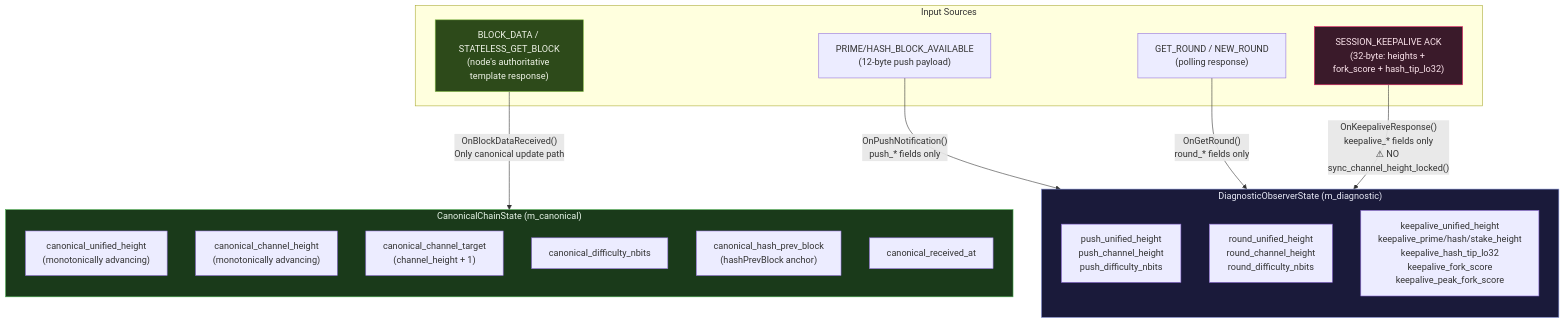
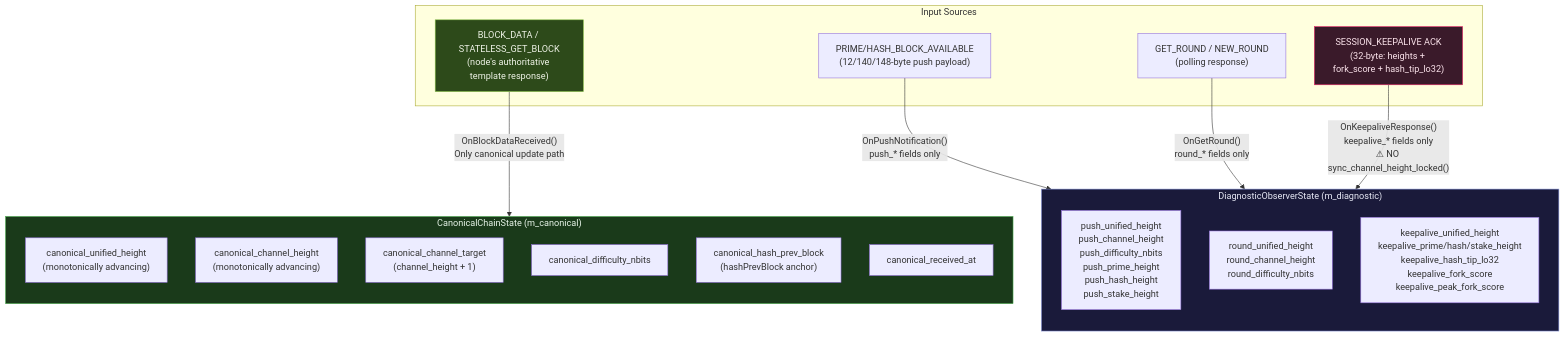
Before and after one commit to NamecoinGithub/NexusMiner: the first of 6 diagrams in docs/diagrams/height-tracker-state-machine.md, drawn with Mermaid. The commit also changed 9 other files, not shown here.

First line of the commit message:
feat: support 148-byte PRIME/HASH_BLOCK_AVAILABLE push payloads with full height picture

````diff
--- a/docs/diagrams/height-tracker-state-machine.md
+++ b/docs/diagrams/height-tracker-state-machine.md
@@ -12,36 +12,36 @@
 ```mermaid
 flowchart TD
     subgraph INPUTS["Input Sources"]
         BD["BLOCK_DATA / STATELESS_GET_BLOCK\n(node's authoritative template response)"]
-        PUSH["PRIME/HASH_BLOCK_AVAILABLE\n(12-byte push payload)"]
+        PUSH["PRIME/HASH_BLOCK_AVAILABLE\n(12/140/148-byte push payload)"]
         GR["GET_ROUND / NEW_ROUND\n(polling response)"]
         KA["SESSION_KEEPALIVE ACK\n(32-byte: heights + fork_score + hash_tip_lo32)"]
     end
 
     subgraph CANONICAL["CanonicalChainState  (m_canonical)"]
         direction TB
         CU["canonical_unified_height\n(monotonically advancing)"]
         CC["canonical_channel_height\n(monotonically advancing)"]
         CT["canonical_channel_target\n(channel_height + 1)"]
         CN["canonical_difficulty_nbits"]
         CH["canonical_hash_prev_block\n(hashPrevBlock anchor)"]
         CR["canonical_received_at"]
     end
 
     subgraph DIAGNOSTIC["DiagnosticObserverState  (m_diagnostic)"]
         direction TB
-        PU["push_unified_height\npush_channel_height\npush_difficulty_nbits"]
+        PU["push_unified_height\npush_channel_height\npush_difficulty_nbits\npush_prime_height\npush_hash_height\npush_stake_height"]
         RU["round_unified_height\nround_channel_height\nround_difficulty_nbits"]
         KU["keepalive_unified_height\nkeepalive_prime/hash/stake_height\nkeepalive_hash_tip_lo32\nkeepalive_fork_score\nkeepalive_peak_fork_score"]
     end
 
     BD -->|"OnBlockDataReceived()\nOnly canonical update path"| CANONICAL
     PUSH -->|"OnPushNotification()\npush_* fields only"| PU
     GR -->|"OnGetRound()\nround_* fields only"| RU
     KA -->|"OnKeepaliveResponse()\nkeepalive_* fields only\n⚠ NO sync_channel_height_locked()"| KU
 
     style CANONICAL fill:#1a3a1a,stroke:#4caf50,color:#e8f5e9
     style DIAGNOSTIC fill:#1a1a3a,stroke:#7986cb,color:#e8eaf6
     style BD fill:#2d4a1a,stroke:#8bc34a,color:#f0f4e8
     style KA fill:#3a1a2a,stroke:#e91e63,color:#fce4ec
 ```
````
